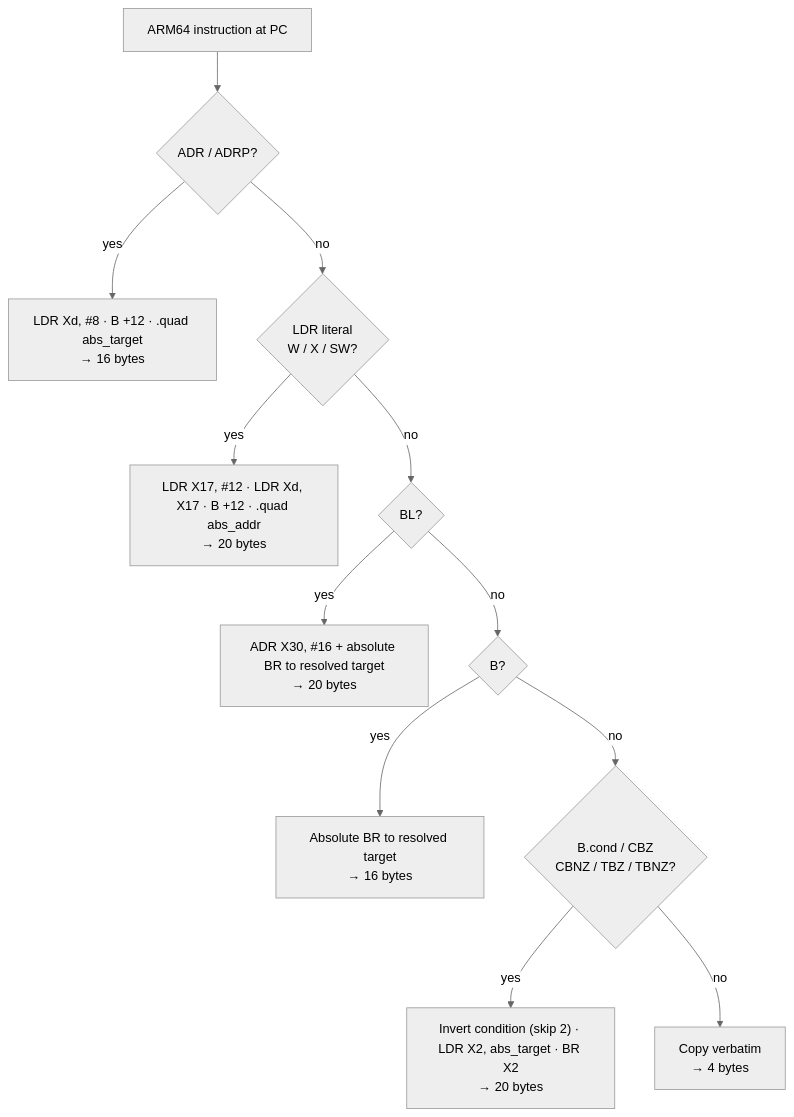
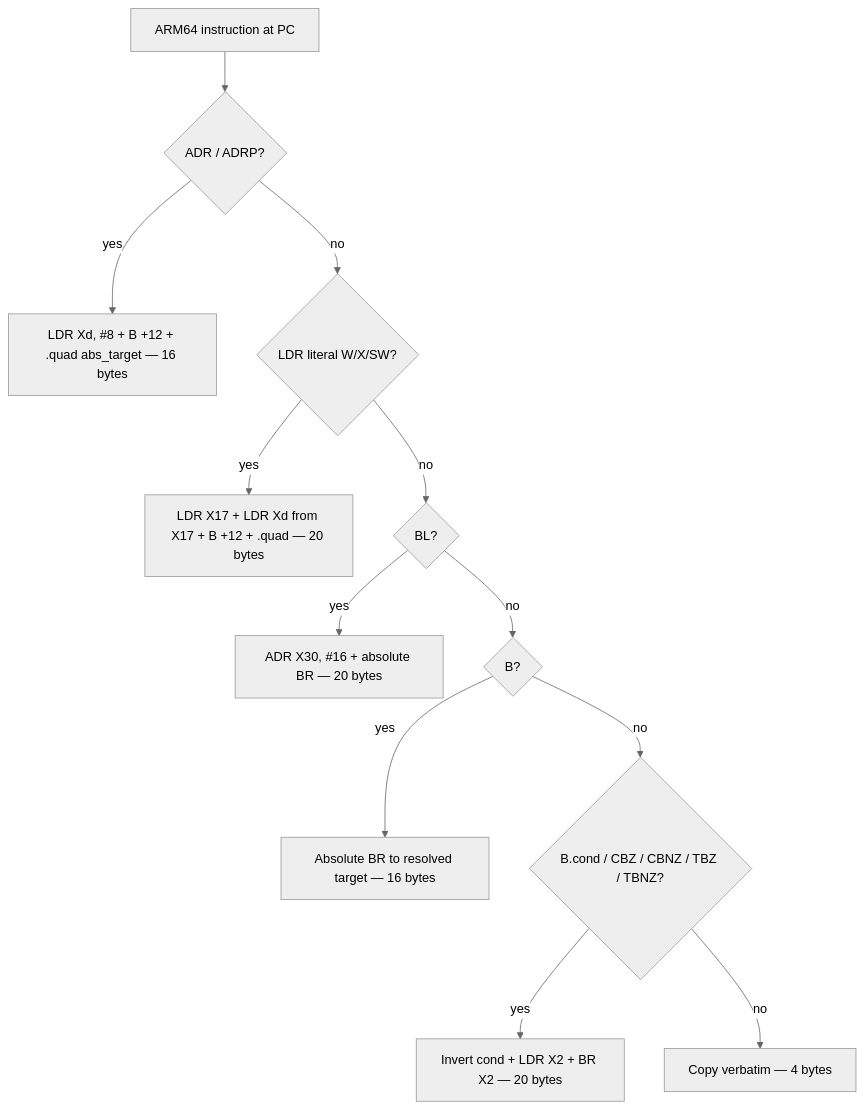
Before and after one commit to Batchhh/libspecter: the fourth of 20 diagrams in docs/architecture.md, drawn with Mermaid (neutral theme). The commit also changed other lines of this file and 7 other files, not shown here.

````diff
--- a/docs/architecture.md
+++ b/docs/architecture.md
@@ -115,33 +115,33 @@
 ```mermaid
 flowchart TD
-    Instr["ARM64 instruction at PC"]
+    Instr[ARM64 instruction at PC]
 
-    IsADR{"ADR / ADRP?"}
-    EmitADR["LDR Xd, #8 · B +12 · .quad abs_target<br/>→ 16 bytes"]
+    IsADR{ADR / ADRP?}
+    EmitADR[LDR Xd, #8 + B +12 + .quad abs_target — 16 bytes]
 
-    IsLDRLit{"LDR literal<br/>W / X / SW?"}
-    EmitLDR["LDR X17, #12 · LDR Xd, X17 · B +12 · .quad abs_addr<br/>→ 20 bytes"]
+    IsLDRLit{LDR literal W/X/SW?}
+    EmitLDR[LDR X17 + LDR Xd from X17 + B +12 + .quad — 20 bytes]
 
-    IsBL{"BL?"}
-    EmitBL["ADR X30, #16 + absolute BR to resolved target<br/>→ 20 bytes"]
+    IsBL{BL?}
+    EmitBL[ADR X30, #16 + absolute BR — 20 bytes]
 
-    IsB{"B?"}
-    EmitB["Absolute BR to resolved target<br/>→ 16 bytes"]
+    IsB{B?}
+    EmitB[Absolute BR to resolved target — 16 bytes]
 
-    IsCond{"B.cond / CBZ<br/>CBNZ / TBZ / TBNZ?"}
-    EmitCond["Invert condition (skip 2) · LDR X2, abs_target · BR X2<br/>→ 20 bytes"]
+    IsCond{B.cond / CBZ / CBNZ / TBZ / TBNZ?}
+    EmitCond[Invert cond + LDR X2 + BR X2 — 20 bytes]
 
-    Default["Copy verbatim<br/>→ 4 bytes"]
+    Default[Copy verbatim — 4 bytes]
 
     Instr --> IsADR
     IsADR -->|yes| EmitADR
     IsADR -->|no| IsLDRLit
     IsLDRLit -->|yes| EmitLDR
     IsLDRLit -->|no| IsBL
     IsBL -->|yes| EmitBL
     IsBL -->|no| IsB
     IsB -->|yes| EmitB
     IsB -->|no| IsCond
     IsCond -->|yes| EmitCond
     IsCond -->|no| Default
 ```
````
